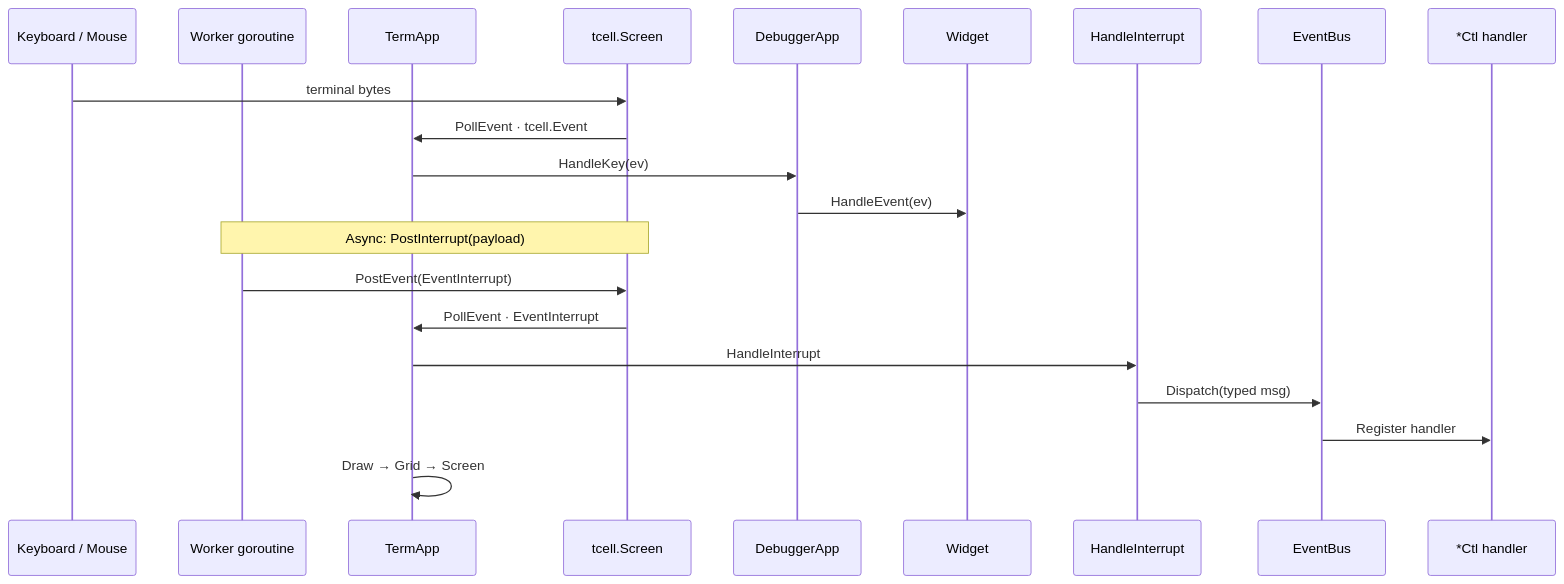
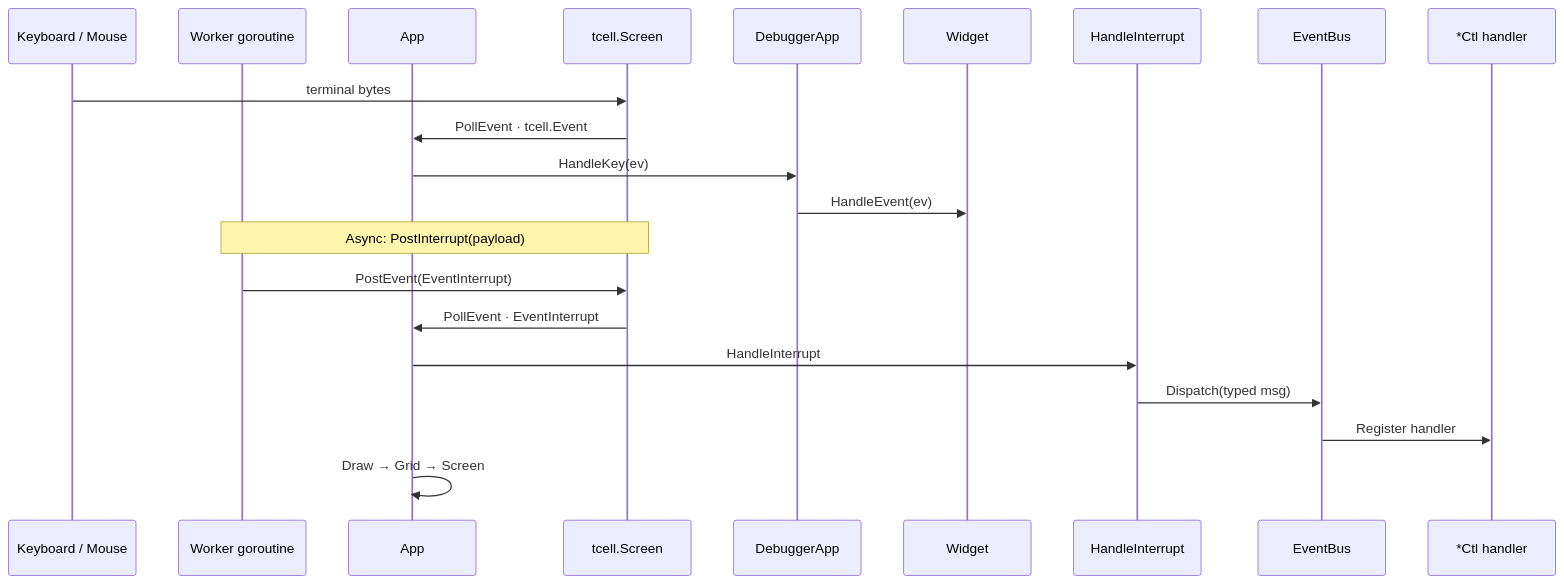
The first of 4 diagrams in docs/INPUT.md (yairgd/gdbforge), drawn with Mermaid before and after one commit. The commit also changed other lines of this file and 267 other files, not shown here.

````diff
--- a/docs/INPUT.md
+++ b/docs/INPUT.md
@@ -40,24 +40,24 @@
 ```mermaid
 sequenceDiagram
     participant Input as Keyboard / Mouse
     participant Worker as Worker goroutine
-    participant App as TermApp
+    participant App as App
     participant Screen as tcell.Screen
     participant Dbg as DebuggerApp
     participant Widget as Widget
     participant HI as HandleInterrupt
     participant Bus as EventBus
     participant Ctl as *Ctl handler
 
     Input ->> Screen: terminal bytes
     Screen ->> App: PollEvent · tcell.Event
     App ->> Dbg: HandleKey(ev)
     Dbg ->> Widget: HandleEvent(ev)
     Note over Worker,Screen: Async: PostInterrupt(payload)
     Worker ->> Screen: PostEvent(EventInterrupt)
     Screen ->> App: PollEvent · EventInterrupt
     App ->> HI: HandleInterrupt
     HI ->> Bus: Dispatch(typed msg)
     Bus ->> Ctl: Register handler
     App ->> App: Draw → Grid → Screen
 ```
````
